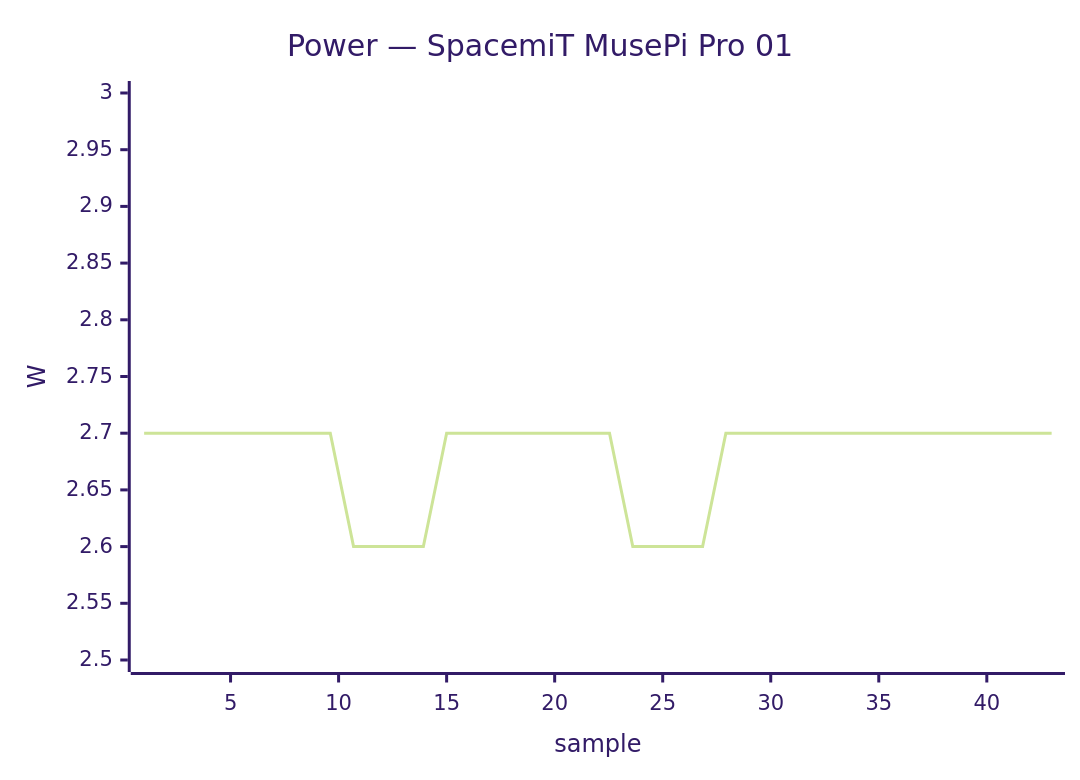
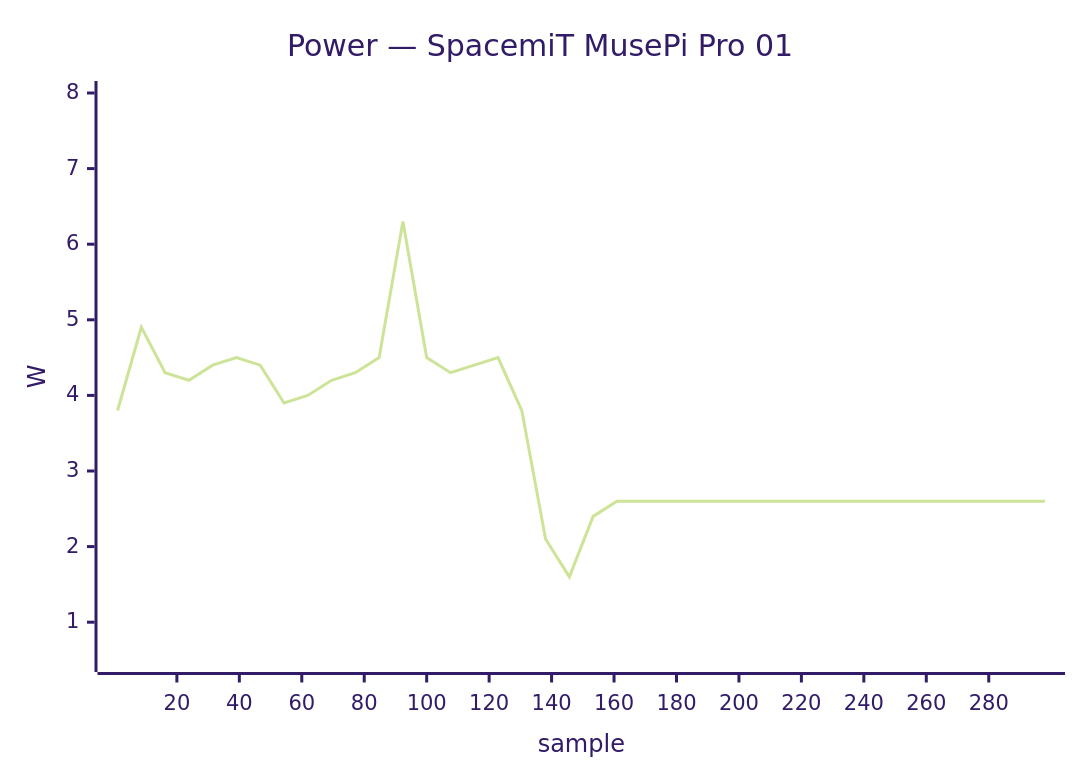
The fourth of 40 diagrams in docs/status/board-tests.md (armbian/documentation), drawn with Mermaid (forest theme) before and after one commit. The commit also changed other lines of this file, not shown here.

````diff
--- a/docs/status/board-tests.md
+++ b/docs/status/board-tests.md
@@ -144,7 +149,7 @@
 ```mermaid
 xychart-beta
     title "Power — SpacemiT MusePi Pro 01"
-    x-axis "sample" 1 --> 43
-    y-axis "W" 2.5 --> 3.0
-    line [2.7, 2.7, 2.7, 2.7, 2.7, 2.7, 2.7, 2.7, 2.7, 2.6, 2.6, 2.6, 2.6, 2.7, 2.7, 2.7, 2.7, 2.7, 2.7, 2.7, 2.7, 2.6, 2.6, 2.6, 2.6, 2.7, 2.7, 2.7, 2.7, 2.7, 2.7, 2.7, 2.7, 2.7, 2.7, 2.7, 2.7, 2.7, 2.7, 2.7]
+    x-axis "sample" 1 --> 298
+    y-axis "W" 0.5 --> 8.0
+    line [3.8, 4.9, 4.3, 4.2, 4.4, 4.5, 4.4, 3.9, 4.0, 4.2, 4.3, 4.5, 6.3, 4.5, 4.3, 4.4, 4.5, 3.8, 2.1, 1.6, 2.4, 2.6, 2.6, 2.6, 2.6, 2.6, 2.6, 2.6, 2.6, 2.6, 2.6, 2.6, 2.6, 2.6, 2.6, 2.6, 2.6, 2.6, 2.6, 2.6]
 ```
````
